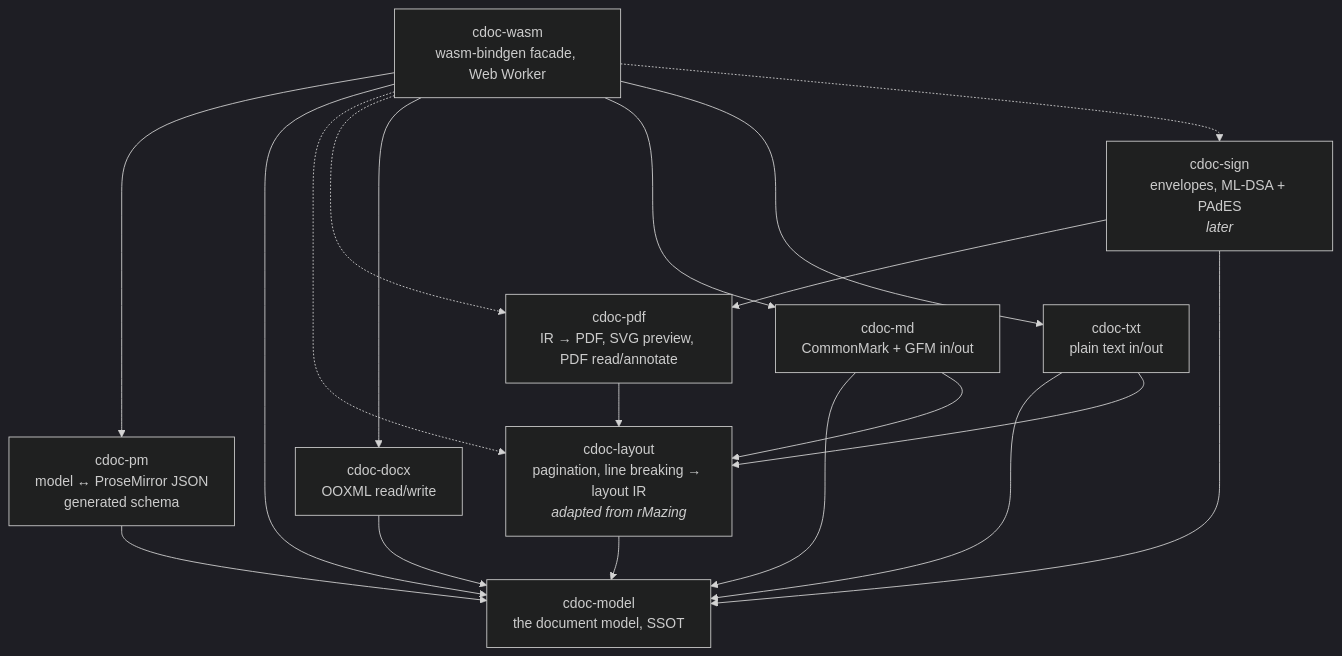
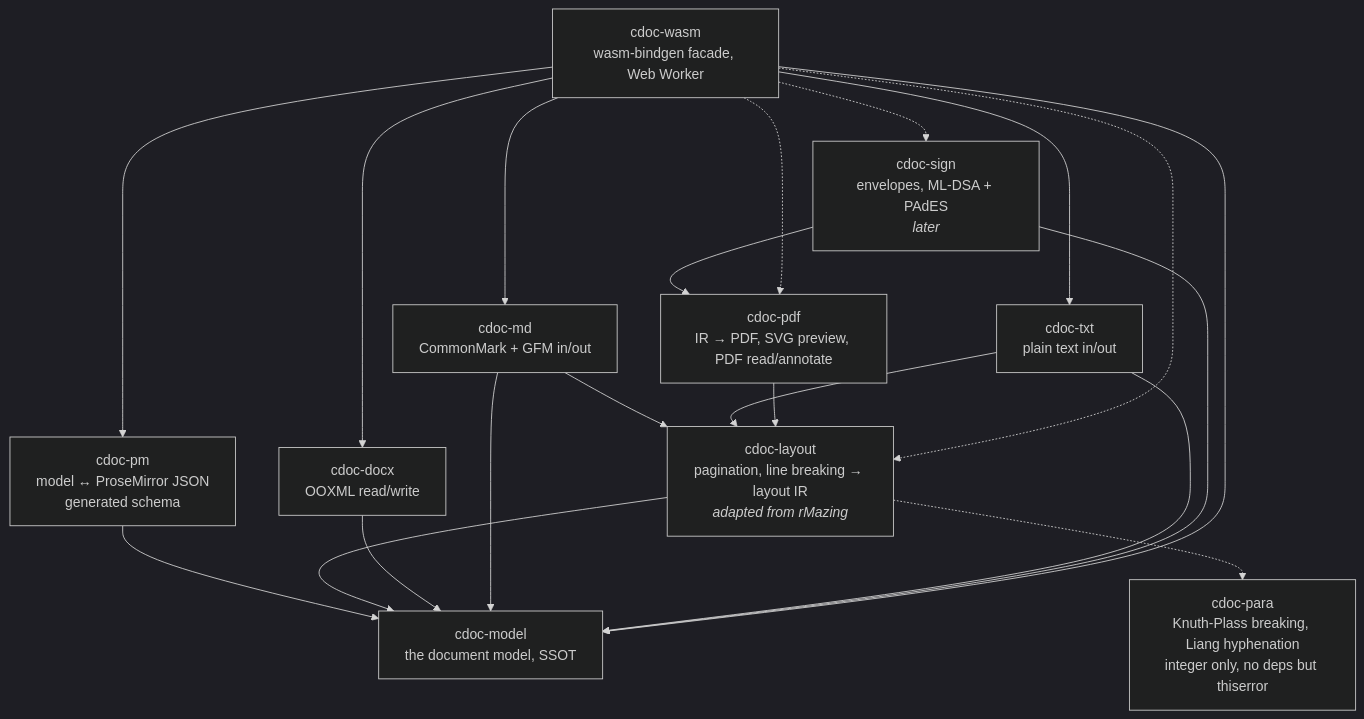
The diagram in ARCHITECTURE.md (Avarok-Cybersecurity/citadel-docs), drawn with Mermaid (dark theme) before and after one commit. The commit also changed other lines of this file and 50 other files, not shown here.

First line of the commit message:
cdoc-para: Knuth-Plass line breaking and Liang hyphenation

````diff
--- a/ARCHITECTURE.md
+++ b/ARCHITECTURE.md
@@ -12,31 +12,33 @@
 ```mermaid
 graph TD
     model[cdoc-model<br/>the document model, SSOT]
     pm[cdoc-pm<br/>model ↔ ProseMirror JSON<br/>generated schema]
     layout[cdoc-layout<br/>pagination, line breaking → layout IR<br/><i>adapted from rMazing</i>]
+    para[cdoc-para<br/>Knuth-Plass breaking, Liang hyphenation<br/>integer only, no deps but thiserror]
     pdf[cdoc-pdf<br/>IR → PDF, SVG preview, PDF read/annotate]
     docx[cdoc-docx<br/>OOXML read/write]
     md[cdoc-md<br/>CommonMark + GFM in/out]
     txt[cdoc-txt<br/>plain text in/out]
     sign[cdoc-sign<br/>envelopes, ML-DSA + PAdES<br/><i>later</i>]
     wasm[cdoc-wasm<br/>wasm-bindgen facade, Web Worker]
 
     pm --> model
     layout --> model
+    layout -.-> para
     docx --> model
     md --> model
     md --> layout
     txt --> model
     txt --> layout
     pdf --> layout
     sign --> pdf
     sign --> model
     wasm --> pm
     wasm --> model
     wasm -.-> layout
     wasm -.-> pdf
     wasm --> docx
     wasm --> md
     wasm --> txt
     wasm -.-> sign
 ```
````
